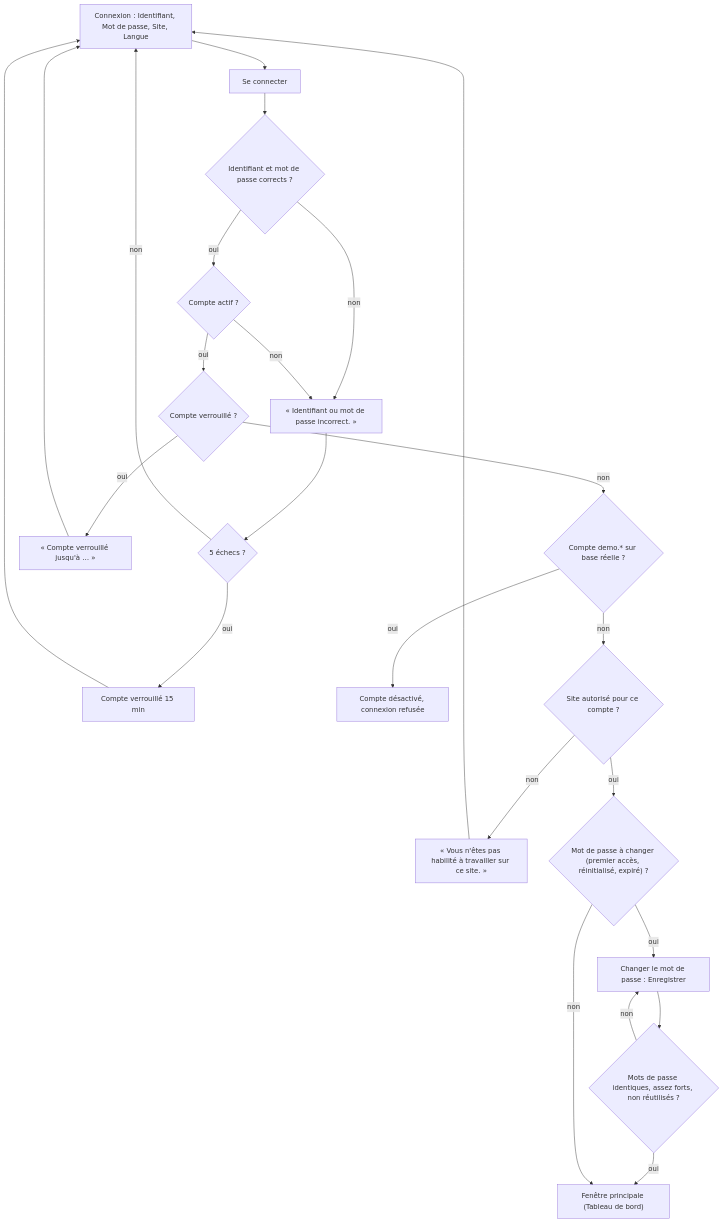
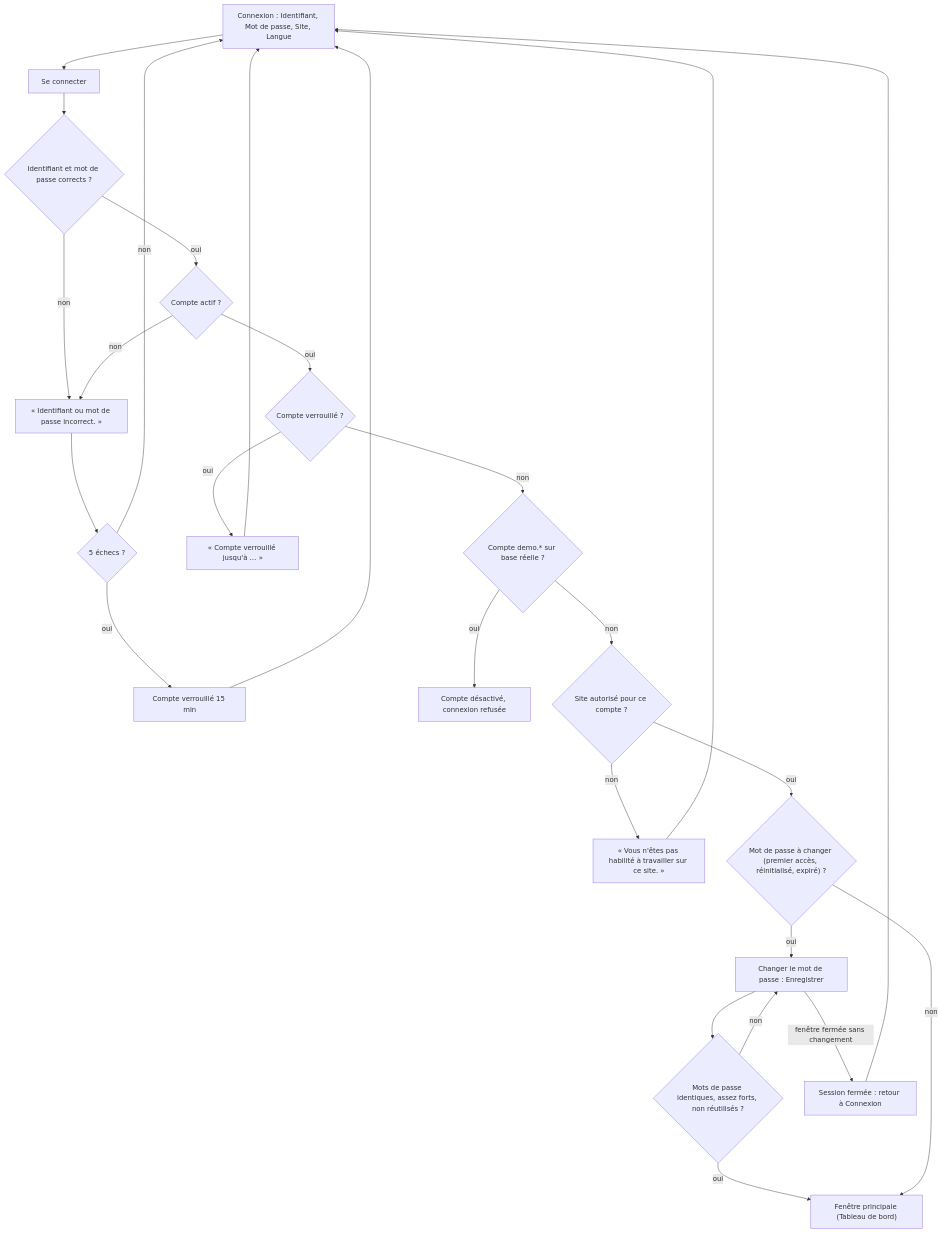
One commit to J4dJad/MarocLis changed the third of 7 diagrams in docs/manuel/00-prise-en-main.md. Above: the diagram before and after it, drawn with Mermaid. The commit also changed other lines of this file and 5 other files, not shown here.

````diff
--- a/docs/manuel/00-prise-en-main.md
+++ b/docs/manuel/00-prise-en-main.md
@@ -80,26 +140,28 @@
 ```mermaid
 flowchart TD
     A["Connexion : Identifiant, Mot de passe, Site, Langue"] --> B["Se connecter"]
     B --> C{"Identifiant et mot de passe corrects ?"}
     C -- non --> C1["« Identifiant ou mot de passe incorrect. »"]
     C1 --> D{"5 échecs ?"}
     D -- oui --> D1["Compte verrouillé 15 min"]
     D -- non --> A
     D1 --> A
     C -- oui --> E{"Compte actif ?"}
     E -- non --> C1
     E -- oui --> E2{"Compte verrouillé ?"}
     E2 -- oui --> E3["« Compte verrouillé jusqu'à … »"]
     E3 --> A
     E2 -- non --> F{"Compte demo.* sur base réelle ?"}
     F -- oui --> F1["Compte désactivé, connexion refusée"]
     F -- non --> G{"Site autorisé pour ce compte ?"}
     G -- non --> G1["« Vous n'êtes pas habilité à travailler sur ce site. »"]
     G1 --> A
     G -- oui --> H{"Mot de passe à changer (premier accès, réinitialisé, expiré) ?"}
     H -- oui --> I["Changer le mot de passe : Enregistrer"]
     I --> J{"Mots de passe identiques, assez forts, non réutilisés ?"}
     J -- non --> I
     J -- oui --> K["Fenêtre principale (Tableau de bord)"]
+    I -- "fenêtre fermée sans changement" --> L["Session fermée : retour à Connexion"]
+    L --> A
     H -- non --> K
 ```
````
